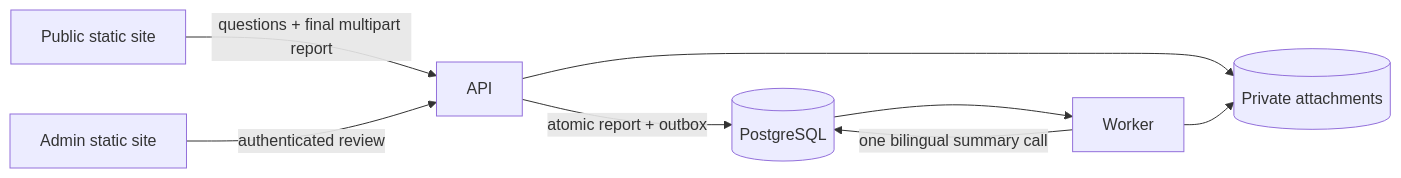
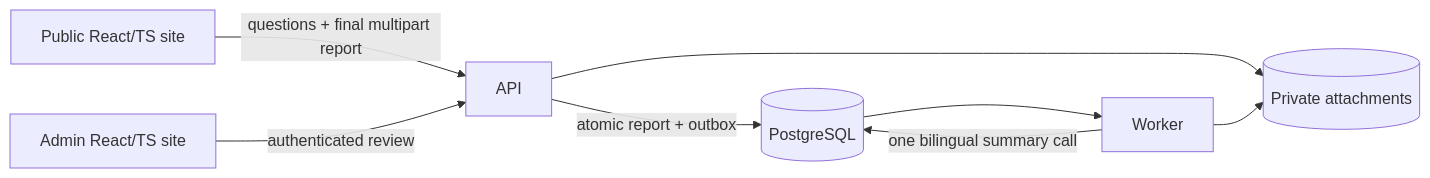
Before and after one commit to HPAC-Safety/safety-report: the diagram in docs/architecture.md, drawn with Mermaid. The commit also changed other lines of this file and 21 other files, not shown here.

````diff
--- a/docs/architecture.md
+++ b/docs/architecture.md
@@ -8,10 +8,10 @@
 ```mermaid
 flowchart LR
-    public["Public static site"] -->|"questions + final multipart report"| api["API"]
-    admin["Admin static site"] -->|"authenticated review"| api
+    public["Public React/TS site"] -->|"questions + final multipart report"| api["API"]
+    admin["Admin React/TS site"] -->|"authenticated review"| api
     api -->|"atomic report + outbox"| db[("PostgreSQL")]
     api --> private[("Private attachments")]
     db --> worker["Worker"]
     worker -->|"one bilingual summary call"| db
     worker --> private
 ```
````
